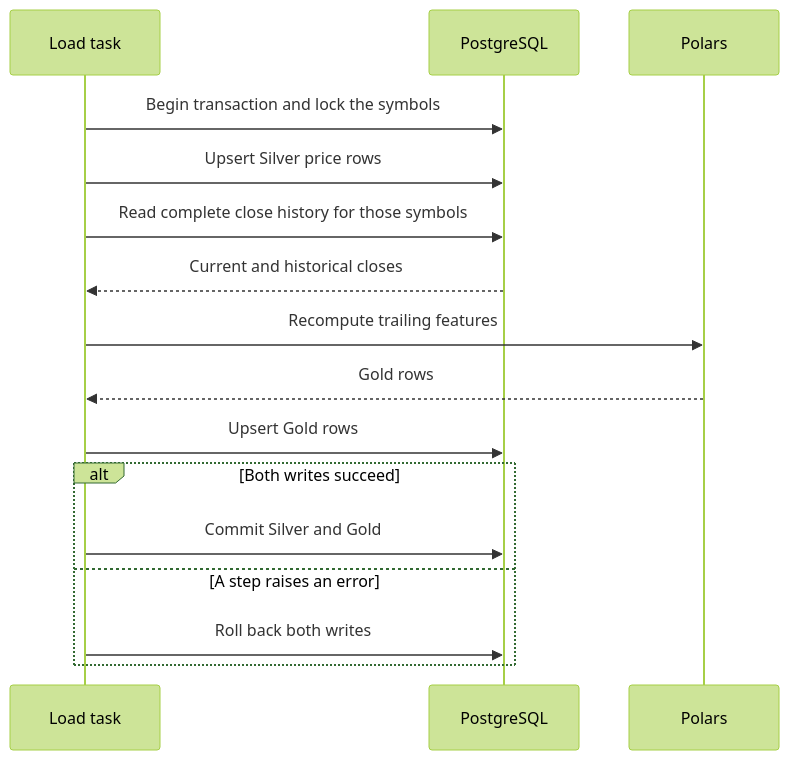
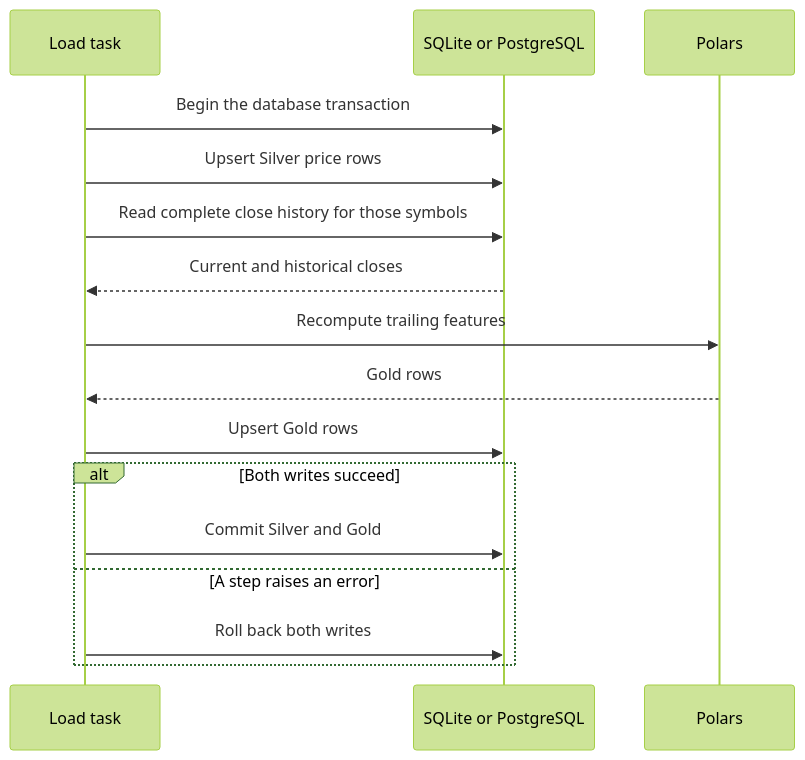
One commit to soloshun/market-data-ml-pipeline changed the second of 2 diagrams in docs/ARCHITECTURE.md. Above: the diagram before and after it, drawn with Mermaid (forest theme). The commit also changed other lines of this file and 17 other files, not shown here.

````diff
--- a/docs/ARCHITECTURE.md
+++ b/docs/ARCHITECTURE.md
@@ -47,18 +47,18 @@
 ```mermaid
 sequenceDiagram
     participant Task as Load task
-    participant DB as PostgreSQL
+    participant DB as SQLite or PostgreSQL
     participant PL as Polars
-    Task->>DB: Begin transaction and lock the symbols
+    Task->>DB: Begin the database transaction
     Task->>DB: Upsert Silver price rows
     Task->>DB: Read complete close history for those symbols
     DB-->>Task: Current and historical closes
     Task->>PL: Recompute trailing features
     PL-->>Task: Gold rows
     Task->>DB: Upsert Gold rows
     alt Both writes succeed
         Task->>DB: Commit Silver and Gold
     else A step raises an error
         Task->>DB: Roll back both writes
     end
 ```
````
